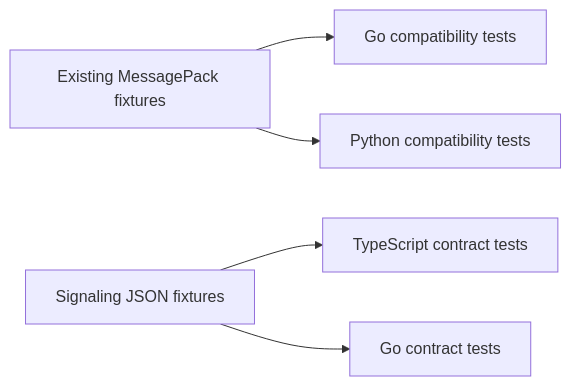
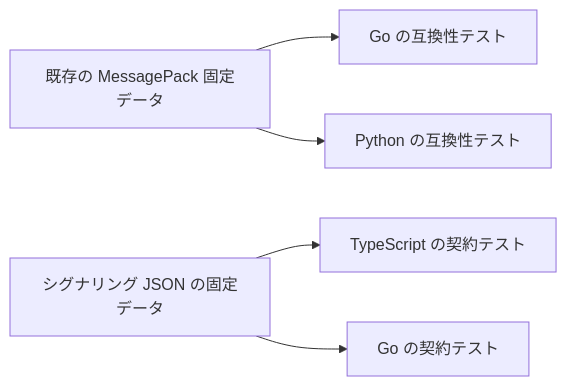
One commit to Sincromisor/Sincromisor changed the third of 3 diagrams in documents/migration/pion/contracts-and-types.md. Above: the diagram before and after it, drawn with Mermaid. The commit also changed other lines of this file and 94 other files, not shown here.

````diff
--- a/documents/migration/pion/contracts-and-types.md
+++ b/documents/migration/pion/contracts-and-types.md
@@ -210,7 +210,7 @@
 ```mermaid
 flowchart LR
-    Existing["Existing MessagePack fixtures"] --> GoCompat["Go compatibility tests"]
-    Existing --> PyCompat["Python compatibility tests"]
-    Signaling["Signaling JSON fixtures"] --> TSContract["TypeScript contract tests"]
-    Signaling --> GoContract["Go contract tests"]
+    Existing["既存の MessagePack 固定データ"] --> GoCompat["Go の互換性テスト"]
+    Existing --> PyCompat["Python の互換性テスト"]
+    Signaling["シグナリング JSON の固定データ"] --> TSContract["TypeScript の契約テスト"]
+    Signaling --> GoContract["Go の契約テスト"]
 ```
````
